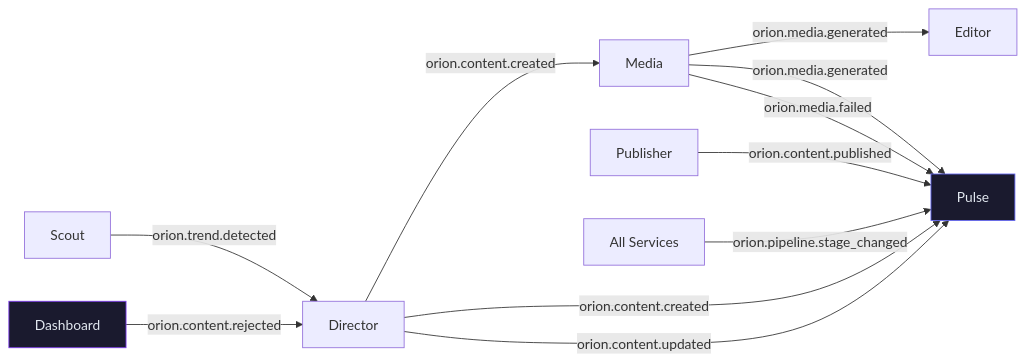
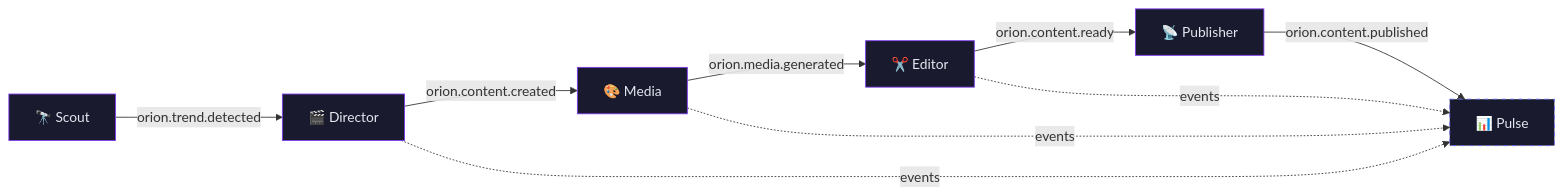
Before and after one commit to nebulae-official/orion: the second of 2 diagrams in README.md, drawn with Mermaid. The commit also changed other lines of this file and 110 other files, not shown here.

First line of the commit message:
feat(ORION-dashboard): unify button styles with shadcn-inspired Button component

````diff
--- a/README.md
+++ b/README.md
@@ -259,16 +107,26 @@
 ```mermaid
 graph LR
+    Scout["🔭 Scout"]
+    Director["🎬 Director"]
+    Media["🎨 Media"]
+    Editor["✂️ Editor"]
+    Publisher["📡 Publisher"]
+    Pulse["📊 Pulse"]
+
     Scout -->|"orion.trend.detected"| Director
     Director -->|"orion.content.created"| Media
-    Director -->|"orion.content.created"| Pulse
     Media -->|"orion.media.generated"| Editor
-    Media -->|"orion.media.generated"| Pulse
-    Media -->|"orion.media.failed"| Pulse
-    Director -->|"orion.content.updated"| Pulse
-    Dashboard -->|"orion.content.rejected"| Director
+    Editor -->|"orion.content.ready"| Publisher
     Publisher -->|"orion.content.published"| Pulse
-    All["All Services"] -->|"orion.pipeline.stage_changed"| Pulse
 
-    style Pulse fill:#1a1a2e,stroke:#6366f1,color:#e2e8f0
-    style Dashboard fill:#1a1a2e,stroke:#7c3aed,color:#e2e8f0
+    Director -.->|events| Pulse
+    Media -.->|events| Pulse
+    Editor -.->|events| Pulse
+
+    style Scout fill:#1a1a2e,stroke:#7c3aed,color:#e2e8f0
+    style Director fill:#1a1a2e,stroke:#7c3aed,color:#e2e8f0
+    style Media fill:#1a1a2e,stroke:#7c3aed,color:#e2e8f0
+    style Editor fill:#1a1a2e,stroke:#7c3aed,color:#e2e8f0
+    style Publisher fill:#1a1a2e,stroke:#7c3aed,color:#e2e8f0
+    style Pulse fill:#1a1a2e,stroke:#6366f1,color:#e2e8f0,stroke-dasharray: 5 5
 ```
````
